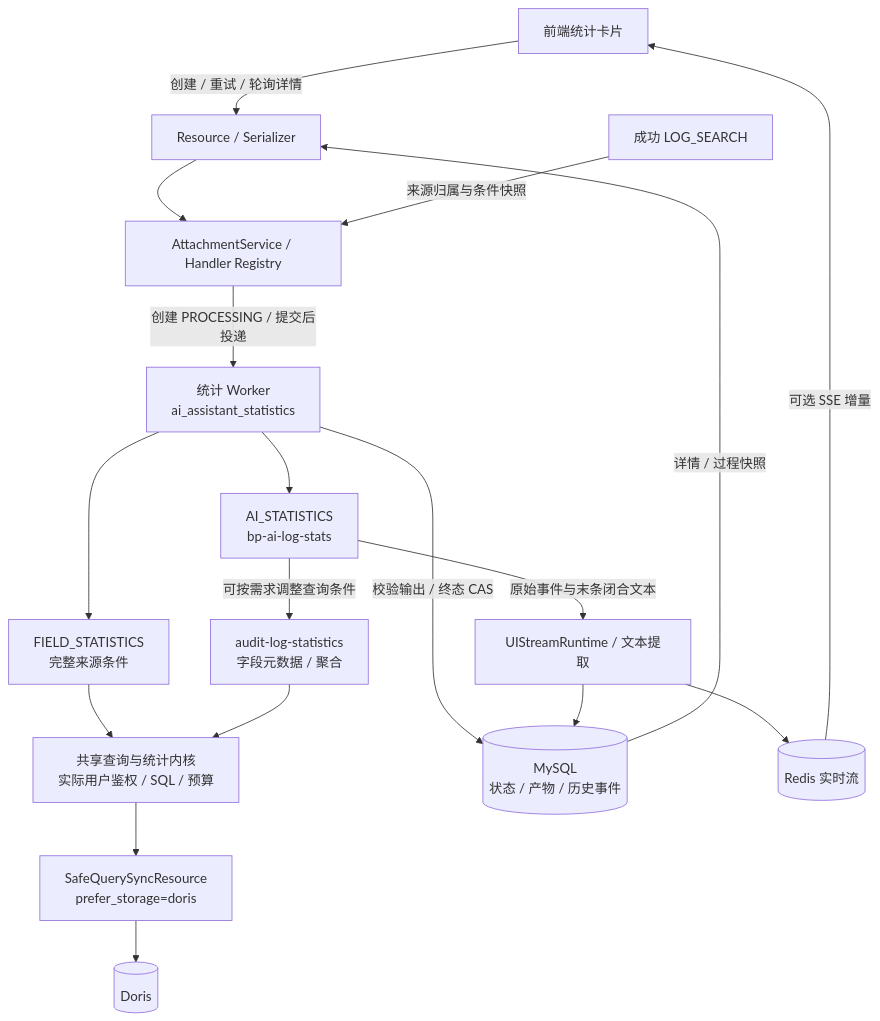
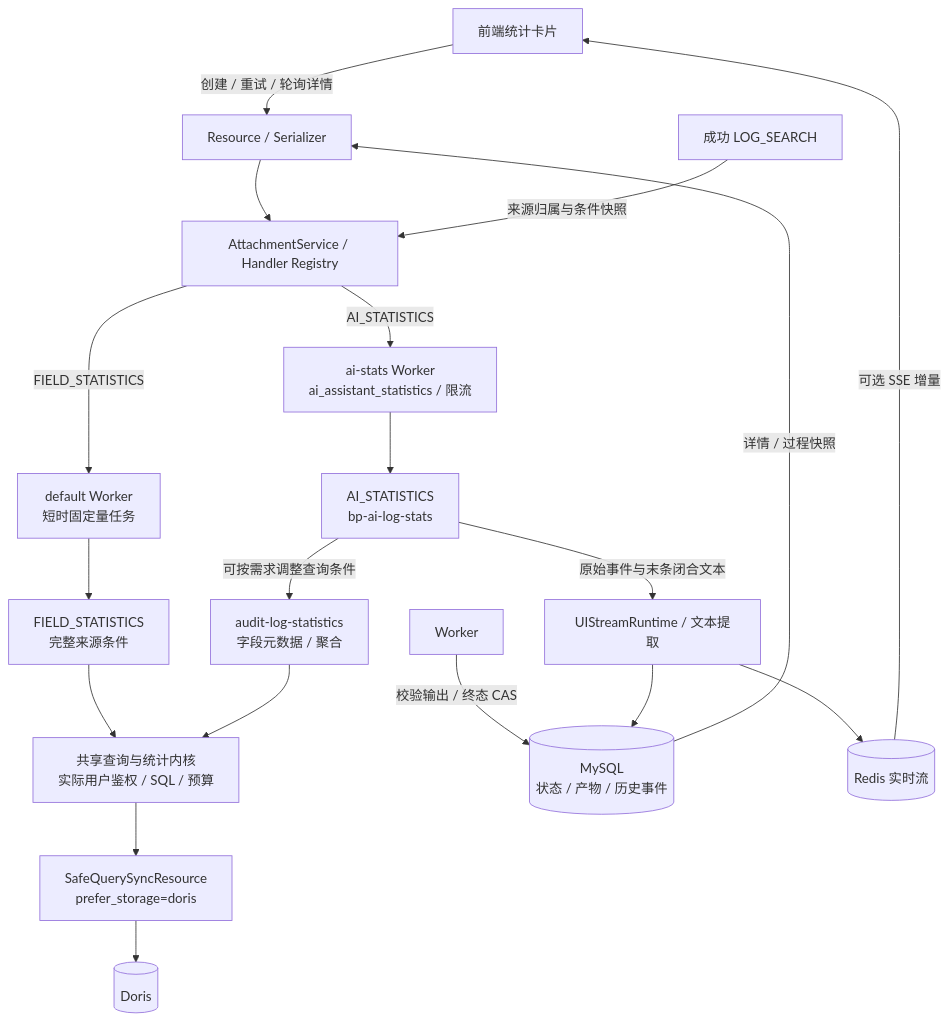
One commit to TencentBlueKing/bk-audit changed the first of 2 diagrams in src/backend/services/web/ai_assistant/docs/architecture.md. Above: the diagram before and after it, drawn with Mermaid. The commit also changed other lines of this file and 18 other files, not shown here.

````diff
--- a/src/backend/services/web/ai_assistant/docs/architecture.md
+++ b/src/backend/services/web/ai_assistant/docs/architecture.md
@@ -28,20 +28,21 @@
 ```mermaid
 flowchart TD
     UI[前端统计卡片] -->|创建 / 重试 / 轮询详情| API[Resource / Serializer]
     API --> Service[AttachmentService / Handler Registry]
     Source[成功 LOG_SEARCH] -->|来源归属与条件快照| Service
-    Service -->|创建 PROCESSING / 提交后投递| Worker[统计 Worker<br/>ai_assistant_statistics]
-    Worker --> Program[FIELD_STATISTICS<br/>完整来源条件]
-    Worker --> AI[AI_STATISTICS<br/>bp-ai-log-stats]
+    Service -->|FIELD_STATISTICS| DefaultWorker[default Worker<br/>短时固定量任务]
+    Service -->|AI_STATISTICS| AIWorker[ai-stats Worker<br/>ai_assistant_statistics / 限流]
+    DefaultWorker --> Program[FIELD_STATISTICS<br/>完整来源条件]
+    AIWorker --> AI[AI_STATISTICS<br/>bp-ai-log-stats]
     Program --> Kernel[共享查询与统计内核<br/>实际用户鉴权 / SQL / 预算]
     AI -->|可按需求调整查询条件| MCP[audit-log-statistics<br/>字段元数据 / 聚合]
     MCP --> Kernel
     Kernel --> BKBase[SafeQuerySyncResource<br/>prefer_storage=doris]
     BKBase --> Doris[(Doris)]
     Worker -->|校验输出 / 终态 CAS| DB[(MySQL<br/>状态 / 产物 / 历史事件)]
     AI -->|原始事件与末条闭合文本| Stream[UIStreamRuntime / 文本提取]
     Stream --> DB
     Stream --> Redis[(Redis 实时流)]
     DB -->|详情 / 过程快照| API
     Redis -->|可选 SSE 增量| UI
 ```
````
